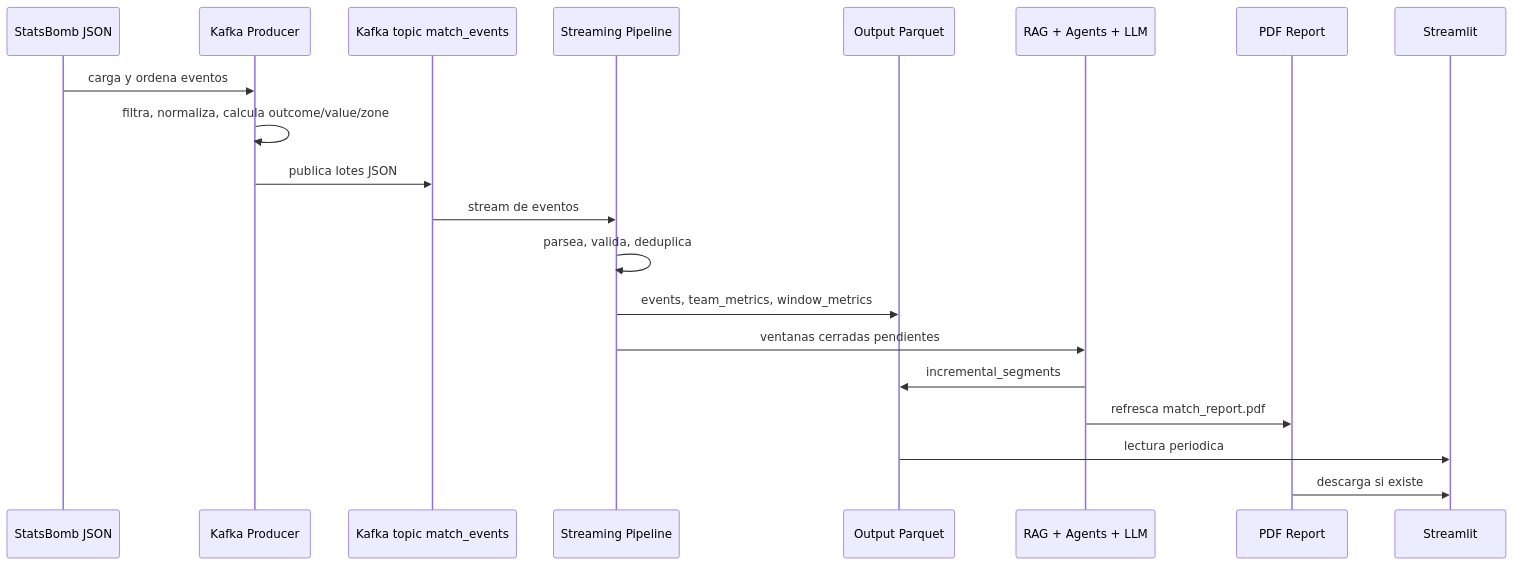
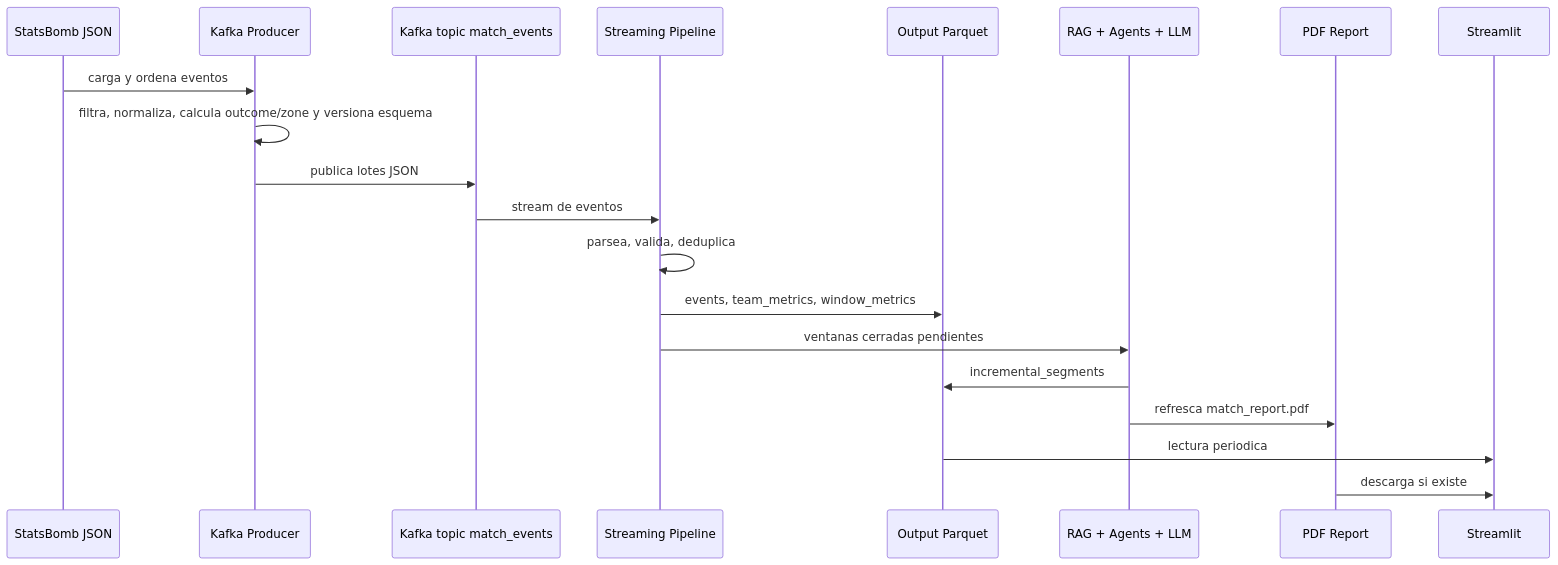
The diagram in FLOW.md (DaniLopez23/real-time-match-simulator), drawn with Mermaid before and after one commit. The commit also changed other lines of this file and 7 other files, not shown here.

Commit message:
fixed schema version

````diff
--- a/FLOW.md
+++ b/FLOW.md
@@ -7,23 +7,23 @@
 ```mermaid
 sequenceDiagram
     participant JSON as StatsBomb JSON
     participant Producer as Kafka Producer
     participant Kafka as Kafka topic match_events
     participant Spark as Streaming Pipeline
     participant Parquet as Output Parquet
     participant GenAI as RAG + Agents + LLM
     participant PDF as PDF Report
     participant UI as Streamlit
 
     JSON->>Producer: carga y ordena eventos
-    Producer->>Producer: filtra, normaliza, calcula outcome/value/zone
+    Producer->>Producer: filtra, normaliza, calcula outcome/zone y versiona esquema
     Producer->>Kafka: publica lotes JSON
     Kafka->>Spark: stream de eventos
     Spark->>Spark: parsea, valida, deduplica
     Spark->>Parquet: events, team_metrics, window_metrics
     Spark->>GenAI: ventanas cerradas pendientes
     GenAI->>Parquet: incremental_segments
     GenAI->>PDF: refresca match_report.pdf
     Parquet->>UI: lectura periodica
     PDF->>UI: descarga si existe
 ```
````
